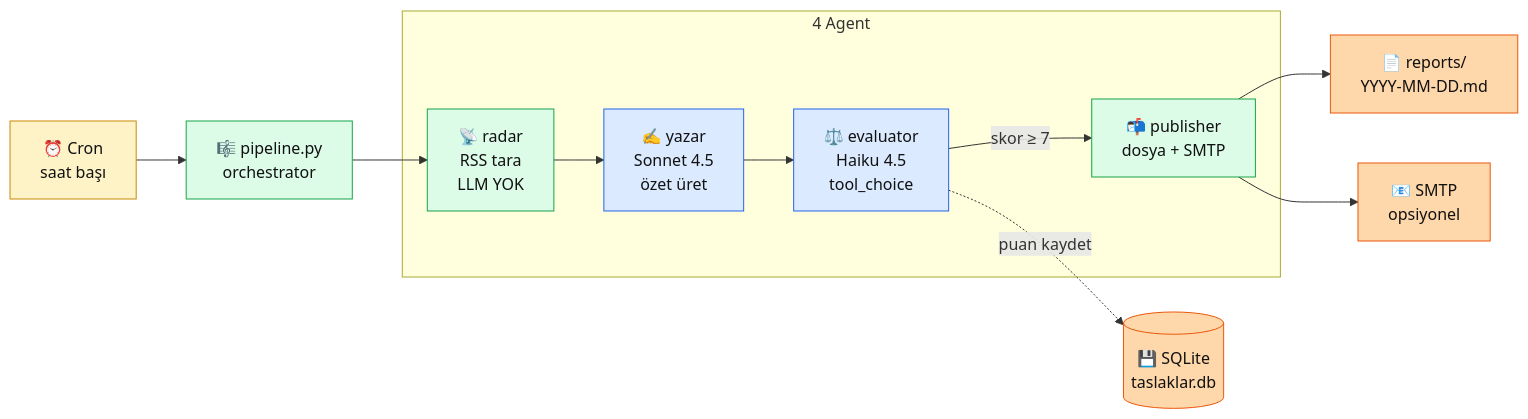
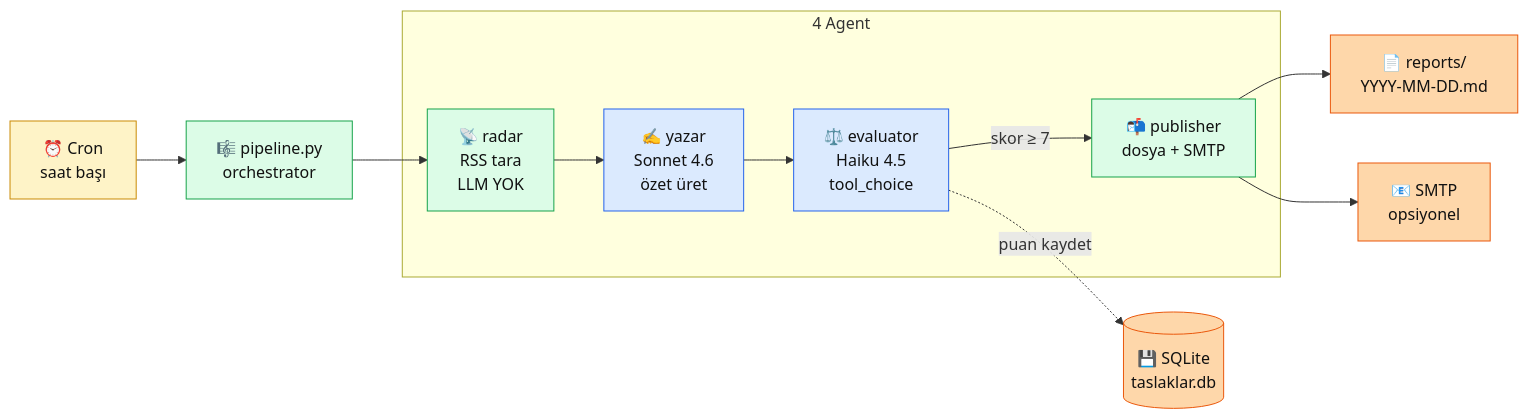
Before and after one commit to KemalG-u/muhendisal-platform: the diagram in docs/bolum-9/05-proje-2.md, drawn with Mermaid. The commit also changed other lines of this file and 41 other files, not shown here.

````diff
--- a/docs/bolum-9/05-proje-2.md
+++ b/docs/bolum-9/05-proje-2.md
@@ -52,32 +52,32 @@
 ```mermaid
 flowchart LR
     CRON["⏰ Cron<br/>saat başı"]
     PIPE["🎼 pipeline.py<br/>orchestrator"]
 
     subgraph AGENTS["4 Agent"]
         RAD["📡 radar<br/>RSS tara<br/>LLM YOK"]
-        YAZ["✍️ yazar<br/>Sonnet 4.5<br/>özet üret"]
+        YAZ["✍️ yazar<br/>Sonnet 4.6<br/>özet üret"]
         EVAL["⚖️ evaluator<br/>Haiku 4.5<br/>tool_choice"]
         PUB["📬 publisher<br/>dosya + SMTP"]
     end
 
     DB[("💾 SQLite<br/>taslaklar.db")]
     REP["📄 reports/<br/>YYYY-MM-DD.md"]
     MAIL["📧 SMTP<br/>opsiyonel"]
 
     CRON --> PIPE
     PIPE --> RAD --> YAZ --> EVAL
     EVAL -->|skor ≥ 7| PUB
     EVAL -.puan kaydet.-> DB
     PUB --> REP
     PUB --> MAIL
 
     classDef cron fill:#fef3c7,stroke:#ca8a04,color:#111
     classDef llm fill:#dbeafe,stroke:#2563eb,color:#111
     classDef det fill:#dcfce7,stroke:#16a34a,color:#111
     classDef out fill:#fed7aa,stroke:#ea580c,color:#111
     class CRON cron
     class YAZ,EVAL llm
     class RAD,PIPE,PUB det
     class DB,REP,MAIL out
 ```
````
